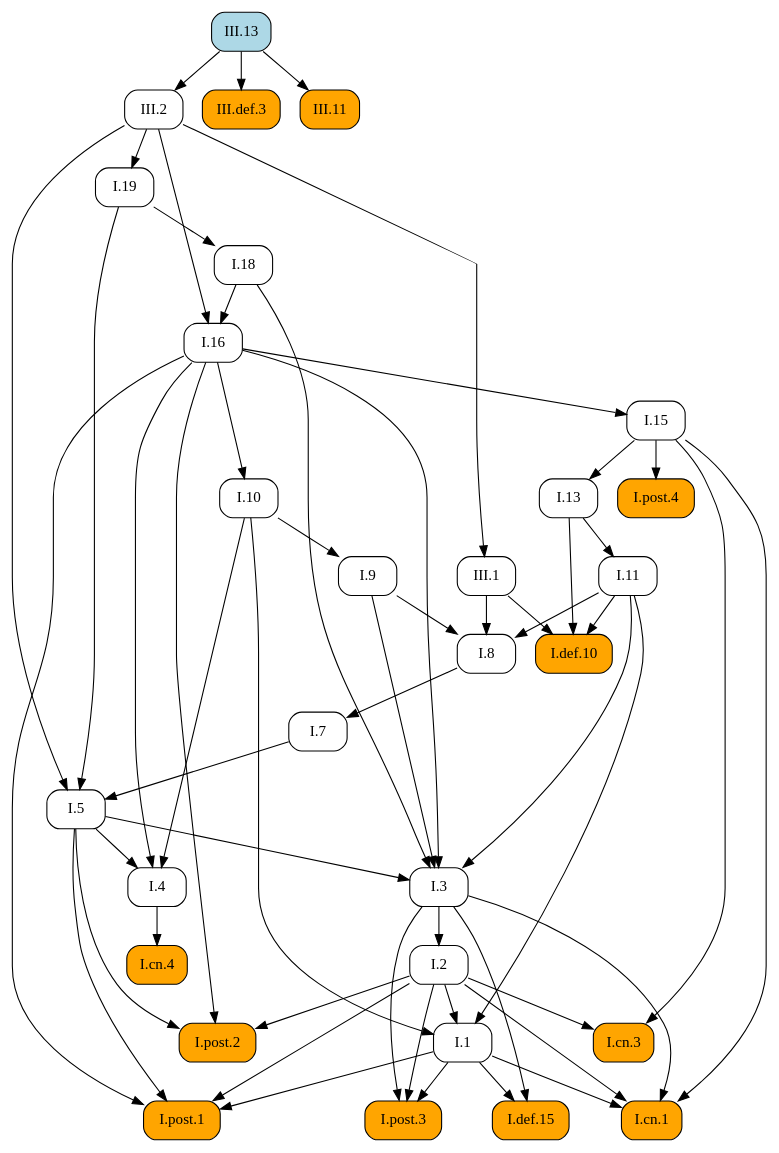
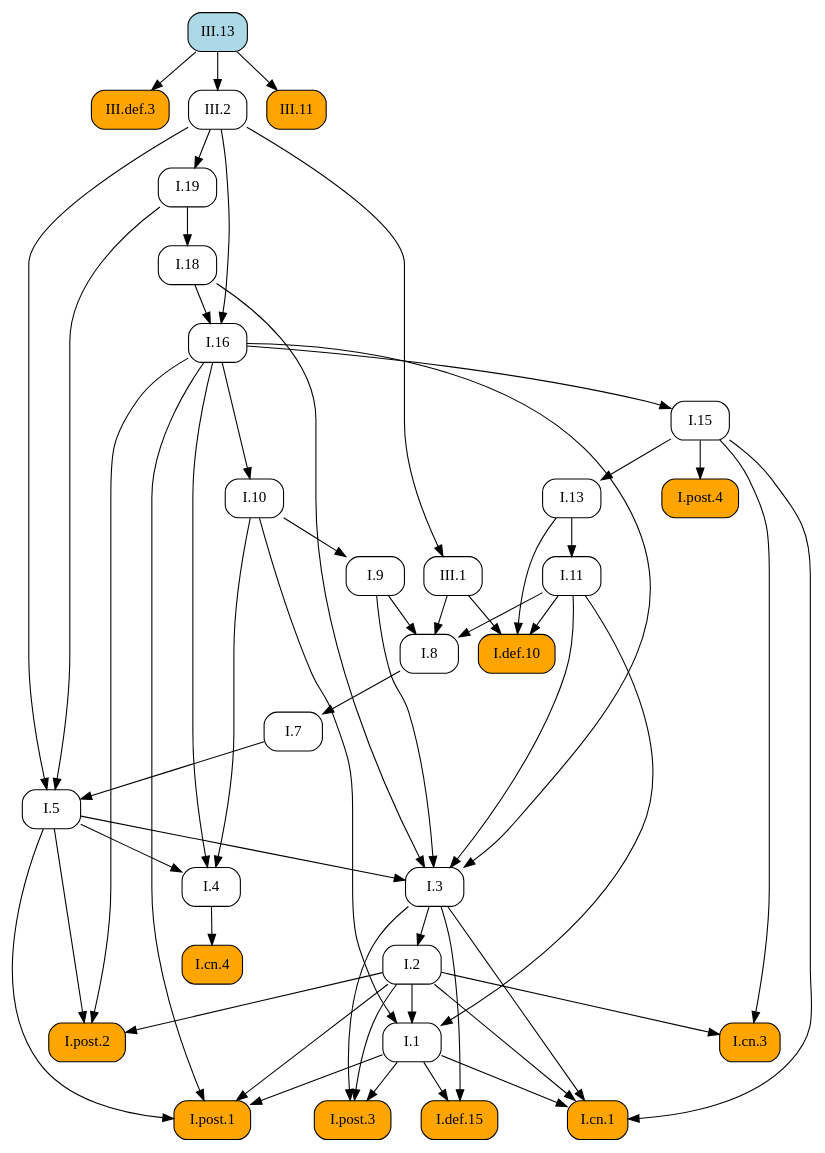
One commit to geometor/elements changed the diagram in docsrc/heath/III/13/index.rst. Above: the diagram before and after it, drawn with Graphviz. The commit also changed other lines of this file and 484 other files, not shown here.

```diff
--- a/docsrc/heath/III/13/index.rst
+++ b/docsrc/heath/III/13/index.rst
@@ -85,88 +85,88 @@
    digraph {
      rankdir="TB";
      node [shape=box, style=rounded];
-     "I.def.10" [style="rounded,filled", fillcolor=orange, URL="/heath/I/def.10/", target="_top"];
-     "I.11" [URL="/heath/I/11/", target="_top"];
-     "I.post.4" [style="rounded,filled", fillcolor=orange, URL="/heath/I/post.4/", target="_top"];
-     "I.1" [URL="/heath/I/1/", target="_top"];
-     "I.7" [URL="/heath/I/7/", target="_top"];
-     "I.3" [URL="/heath/I/3/", target="_top"];
-     "I.2" [URL="/heath/I/2/", target="_top"];
-     "I.4" [URL="/heath/I/4/", target="_top"];
-     "I.13" [URL="/heath/I/13/", target="_top"];
-     "I.5" [URL="/heath/I/5/", target="_top"];
-     "I.post.2" [style="rounded,filled", fillcolor=orange, URL="/heath/I/post.2/", target="_top"];
-     "III.2" [URL="/heath/III/2/", target="_top"];
-     "I.18" [URL="/heath/I/18/", target="_top"];
-     "I.16" [URL="/heath/I/16/", target="_top"];
-     "I.def.15" [style="rounded,filled", fillcolor=orange, URL="/heath/I/def.15/", target="_top"];
-     "III.def.3" [style="rounded,filled", fillcolor=orange, URL="/heath/III/def.3/", target="_top"];
-     "I.post.3" [style="rounded,filled", fillcolor=orange, URL="/heath/I/post.3/", target="_top"];
-     "I.19" [URL="/heath/I/19/", target="_top"];
      "I.9" [URL="/heath/I/9/", target="_top"];
      "I.cn.1" [style="rounded,filled", fillcolor=orange, URL="/heath/I/cn.1/", target="_top"];
+     "I.7" [URL="/heath/I/7/", target="_top"];
+     "III.def.3" [style="rounded,filled", fillcolor=orange, URL="/heath/III/def.3/", target="_top"];
+     "I.2" [URL="/heath/I/2/", target="_top"];
+     "I.def.15" [style="rounded,filled", fillcolor=orange, URL="/heath/I/def.15/", target="_top"];
+     "III.2" [URL="/heath/III/2/", target="_top"];
+     "I.13" [URL="/heath/I/13/", target="_top"];
+     "I.post.4" [style="rounded,filled", fillcolor=orange, URL="/heath/I/post.4/", target="_top"];
+     "I.4" [URL="/heath/I/4/", target="_top"];
+     "I.1" [URL="/heath/I/1/", target="_top"];
+     "I.post.3" [style="rounded,filled", fillcolor=orange, URL="/heath/I/post.3/", target="_top"];
+     "III.1" [URL="/heath/III/1/", target="_top"];
+     "I.post.1" [style="rounded,filled", fillcolor=orange, URL="/heath/I/post.1/", target="_top"];
+     "I.19" [URL="/heath/I/19/", target="_top"];
+     "I.5" [URL="/heath/I/5/", target="_top"];
+     "I.8" [URL="/heath/I/8/", target="_top"];
      "I.cn.3" [style="rounded,filled", fillcolor=orange, URL="/heath/I/cn.3/", target="_top"];
-     "III.1" [URL="/heath/III/1/", target="_top"];
-     "I.8" [URL="/heath/I/8/", target="_top"];
+     "I.16" [URL="/heath/I/16/", target="_top"];
+     "I.def.10" [style="rounded,filled", fillcolor=orange, URL="/heath/I/def.10/", target="_top"];
+     "I.18" [URL="/heath/I/18/", target="_top"];
+     "I.15" [URL="/heath/I/15/", target="_top"];
+     "I.10" [URL="/heath/I/10/", target="_top"];
+     "I.11" [URL="/heath/I/11/", target="_top"];
+     "III.11" [style="rounded,filled", fillcolor=orange, URL="/heath/III/11/", target="_top"];
      "I.cn.4" [style="rounded,filled", fillcolor=orange, URL="/heath/I/cn.4/", target="_top"];
-     "I.15" [URL="/heath/I/15/", target="_top"];
-     "I.post.1" [style="rounded,filled", fillcolor=orange, URL="/heath/I/post.1/", target="_top"];
+     "I.post.2" [style="rounded,filled", fillcolor=orange, URL="/heath/I/post.2/", target="_top"];
      "III.13" [style="rounded,filled", fillcolor=lightblue, URL="/heath/III/13/", target="_top"];
-     "I.10" [URL="/heath/I/10/", target="_top"];
-     "III.11" [style="rounded,filled", fillcolor=orange, URL="/heath/III/11/", target="_top"];
+     "I.3" [URL="/heath/I/3/", target="_top"];
+     "I.10" -> "I.9";
+     "I.1" -> "I.cn.1";
+     "I.2" -> "I.cn.1";
+     "I.3" -> "I.cn.1";
+     "I.15" -> "I.cn.1";
+     "I.8" -> "I.7";
+     "III.13" -> "III.def.3";
+     "I.3" -> "I.2";
+     "I.1" -> "I.def.15";
+     "I.3" -> "I.def.15";
+     "III.13" -> "III.2";
+     "I.15" -> "I.13";
+     "I.15" -> "I.post.4";
+     "I.5" -> "I.4";
+     "I.10" -> "I.4";
+     "I.16" -> "I.4";
+     "I.2" -> "I.1";
+     "I.10" -> "I.1";
+     "I.11" -> "I.1";
+     "I.1" -> "I.post.3";
+     "I.2" -> "I.post.3";
+     "I.3" -> "I.post.3";
+     "III.2" -> "III.1";
+     "I.1" -> "I.post.1";
+     "I.2" -> "I.post.1";
+     "I.5" -> "I.post.1";
+     "I.16" -> "I.post.1";
+     "III.2" -> "I.19";
+     "I.7" -> "I.5";
+     "I.19" -> "I.5";
+     "III.2" -> "I.5";
+     "I.9" -> "I.8";
+     "I.11" -> "I.8";
+     "III.1" -> "I.8";
+     "I.2" -> "I.cn.3";
+     "I.15" -> "I.cn.3";
+     "I.18" -> "I.16";
+     "III.2" -> "I.16";
      "I.11" -> "I.def.10";
      "I.13" -> "I.def.10";
      "III.1" -> "I.def.10";
+     "I.19" -> "I.18";
+     "I.16" -> "I.15";
+     "I.16" -> "I.10";
      "I.13" -> "I.11";
-     "I.15" -> "I.post.4";
-     "I.2" -> "I.1";
-     "I.10" -> "I.1";
-     "I.11" -> "I.1";
-     "I.8" -> "I.7";
+     "III.13" -> "III.11";
+     "I.4" -> "I.cn.4";
+     "I.2" -> "I.post.2";
+     "I.5" -> "I.post.2";
+     "I.16" -> "I.post.2";
      "I.5" -> "I.3";
      "I.9" -> "I.3";
      "I.11" -> "I.3";
      "I.16" -> "I.3";
      "I.18" -> "I.3";
-     "I.3" -> "I.2";
-     "I.5" -> "I.4";
-     "I.10" -> "I.4";
-     "I.16" -> "I.4";
-     "I.15" -> "I.13";
-     "I.7" -> "I.5";
-     "I.19" -> "I.5";
-     "III.2" -> "I.5";
-     "I.2" -> "I.post.2";
-     "I.5" -> "I.post.2";
-     "I.16" -> "I.post.2";
-     "III.13" -> "III.2";
-     "I.19" -> "I.18";
-     "I.18" -> "I.16";
-     "III.2" -> "I.16";
-     "I.1" -> "I.def.15";
-     "I.3" -> "I.def.15";
-     "III.13" -> "III.def.3";
-     "I.1" -> "I.post.3";
-     "I.2" -> "I.post.3";
-     "I.3" -> "I.post.3";
-     "III.2" -> "I.19";
-     "I.10" -> "I.9";
-     "I.1" -> "I.cn.1";
-     "I.2" -> "I.cn.1";
-     "I.3" -> "I.cn.1";
-     "I.15" -> "I.cn.1";
-     "I.2" -> "I.cn.3";
-     "I.15" -> "I.cn.3";
-     "III.2" -> "III.1";
-     "I.9" -> "I.8";
-     "I.11" -> "I.8";
-     "III.1" -> "I.8";
-     "I.4" -> "I.cn.4";
-     "I.16" -> "I.15";
-     "I.1" -> "I.post.1";
-     "I.2" -> "I.post.1";
-     "I.5" -> "I.post.1";
-     "I.16" -> "I.post.1";
-     "I.16" -> "I.10";
-     "III.13" -> "III.11";
    }
```
